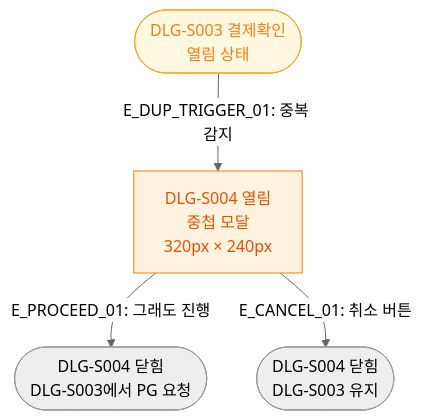
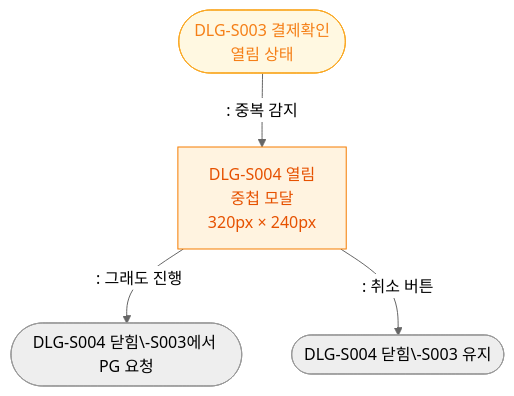
The diagram in docs/다이어그램/D03_매출관리/DLG-S004_중복결제경고/M1_모달생명주기.md (dev-spogym/admin-pando), drawn with Mermaid (neutral theme) before and after one commit. The commit also changed other lines of this file and 1660 other files, not shown here.

First line of the commit message:
다이어그램: 기획자/클라이언트 납품본으로 정리

````diff
--- a/docs/다이어그램/D03_매출관리/DLG-S004_중복결제경고/M1_모달생명주기.md
+++ b/docs/다이어그램/D03_매출관리/DLG-S004_중복결제경고/M1_모달생명주기.md
@@ -20,13 +18,13 @@
 ```mermaid
 flowchart TD
-    DLG_S003([DLG-S003 결제확인\n열림 상태]) -->|"E_DUP_TRIGGER_01: 중복 감지"| OPEN[DLG-S004 열림\n중첩 모달\n320px × 240px]
+    DLG_S003([DLG-S003 결제확인\n열림 상태]) -->|": 중복 감지"|OPEN[DLG-S004 열림\n중첩 모달\n320px × 240px]
 
-    OPEN -->|"E_PROCEED_01: 그래도 진행"| CLOSED_PROCEED([DLG-S004 닫힘\nDLG-S003에서 PG 요청])
-    OPEN -->|"E_CANCEL_01: 취소 버튼"| CLOSED_CANCEL([DLG-S004 닫힘\nDLG-S003 유지])
+    OPEN -->|": 그래도 진행"|CLOSED_PROCEED([DLG-S004 닫힘\-S003에서 PG 요청])
+    OPEN -->|": 취소 버튼"|CLOSED_CANCEL([DLG-S004 닫힘\-S003 유지])
 
     classDef modal fill:#FFF3E0,stroke:#F57C00,color:#E65100
     classDef warning fill:#FFF8E1,stroke:#F9A825,color:#F57F17
 
     class OPEN modal
     class DLG_S003 warning
 ```
````
